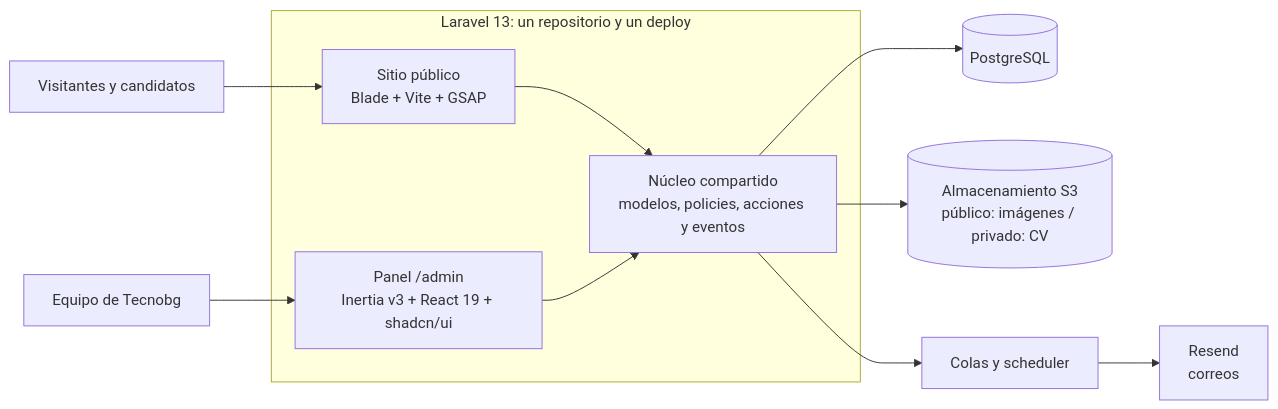
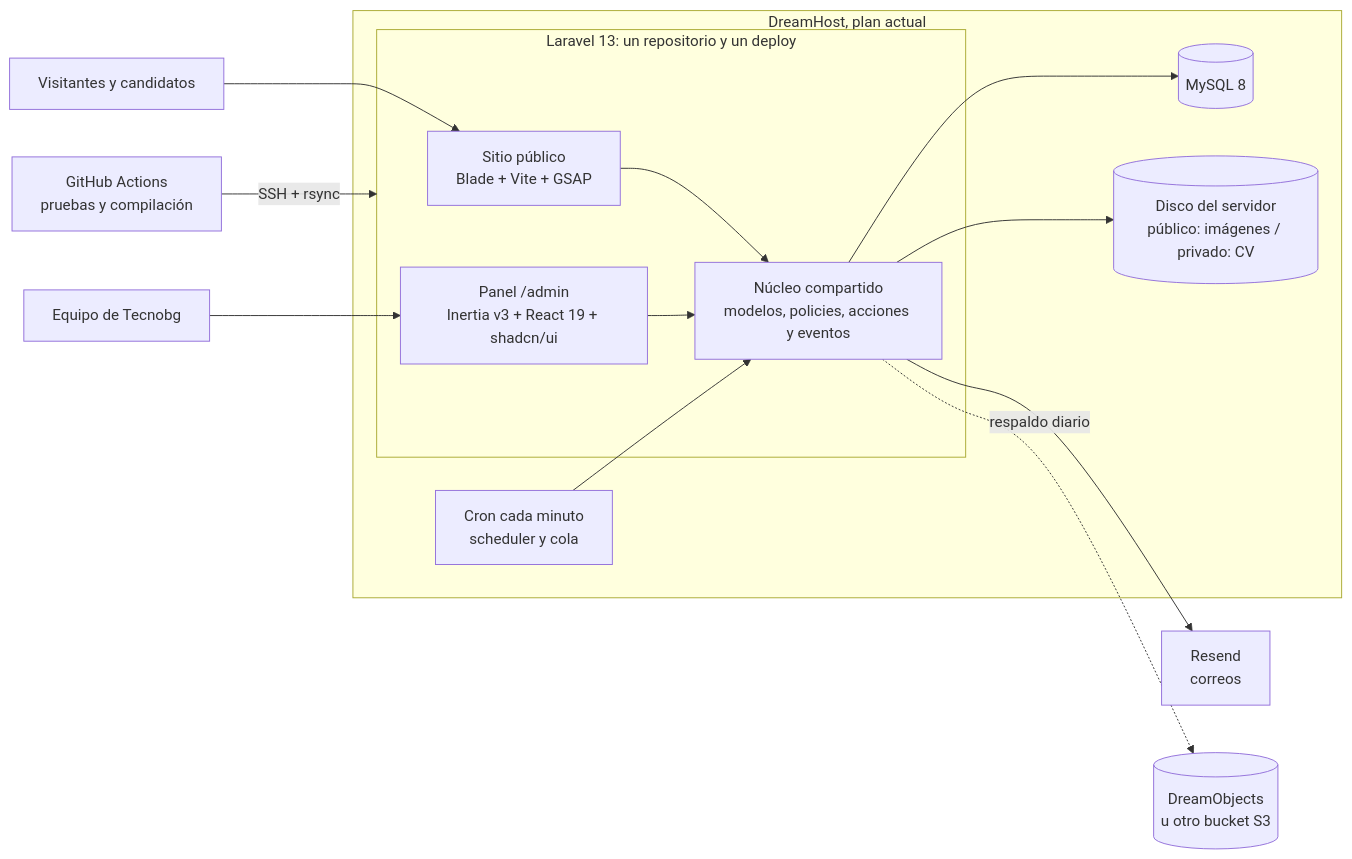
One commit to Luot-h/prototypes-for-tecnobg- changed the first of 2 diagrams in docs/roadmap-laravel.md. Above: the diagram before and after it, drawn with Mermaid. The commit also changed other lines of this file and 1 other file, not shown here.

First line of the commit message:
Roadmap: infraestructura en DreamHost con el plan actual de Tecnobg

````diff
--- a/docs/roadmap-laravel.md
+++ b/docs/roadmap-laravel.md
@@ -64,16 +64,23 @@
 ```mermaid
 flowchart LR
     V["Visitantes y candidatos"] --> S
     E["Equipo de Tecnobg"] --> A
-    subgraph APP["Laravel 13: un repositorio y un deploy"]
-        S["Sitio público<br/>Blade + Vite + GSAP"]
-        A["Panel /admin<br/>Inertia v3 + React 19 + shadcn/ui"]
-        D["Núcleo compartido<br/>modelos, policies, acciones y eventos"]
-        S --> D
-        A --> D
+    GH["GitHub Actions<br/>pruebas y compilación"] -- "SSH + rsync" --> APP
+    subgraph DH["DreamHost, plan actual"]
+        subgraph APP["Laravel 13: un repositorio y un deploy"]
+            S["Sitio público<br/>Blade + Vite + GSAP"]
+            A["Panel /admin<br/>Inertia v3 + React 19 + shadcn/ui"]
+            D["Núcleo compartido<br/>modelos, policies, acciones y eventos"]
+            S --> D
+            A --> D
+        end
+        DB[("MySQL 8")]
+        F[("Disco del servidor<br/>público: imágenes / privado: CV")]
+        C["Cron cada minuto<br/>scheduler y cola"]
     end
-    D --> DB[("PostgreSQL")]
-    D --> F[("Almacenamiento S3<br/>público: imágenes / privado: CV")]
-    D --> Q["Colas y scheduler"]
-    Q --> M["Resend<br/>correos"]
+    D --> DB
+    D --> F
+    C --> D
+    D --> M["Resend<br/>correos"]
+    D -. "respaldo diario" .-> B[("DreamObjects<br/>u otro bucket S3")]
 ```
````
